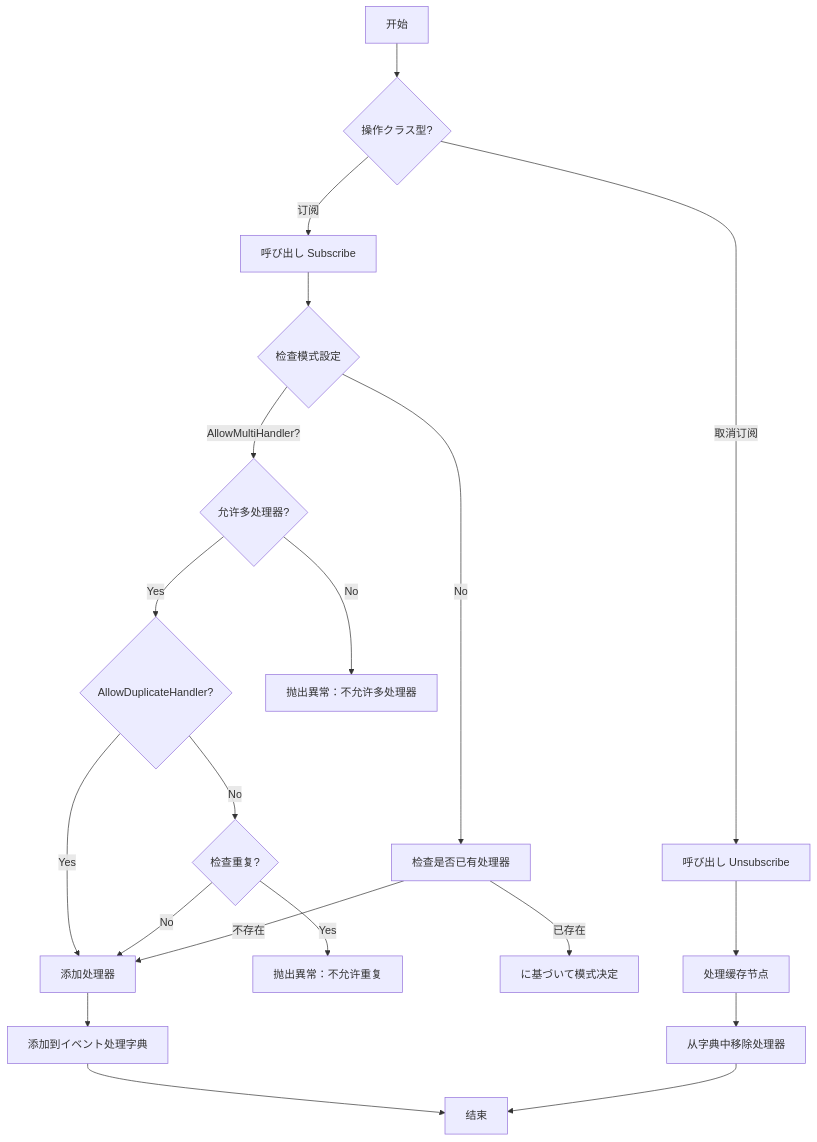
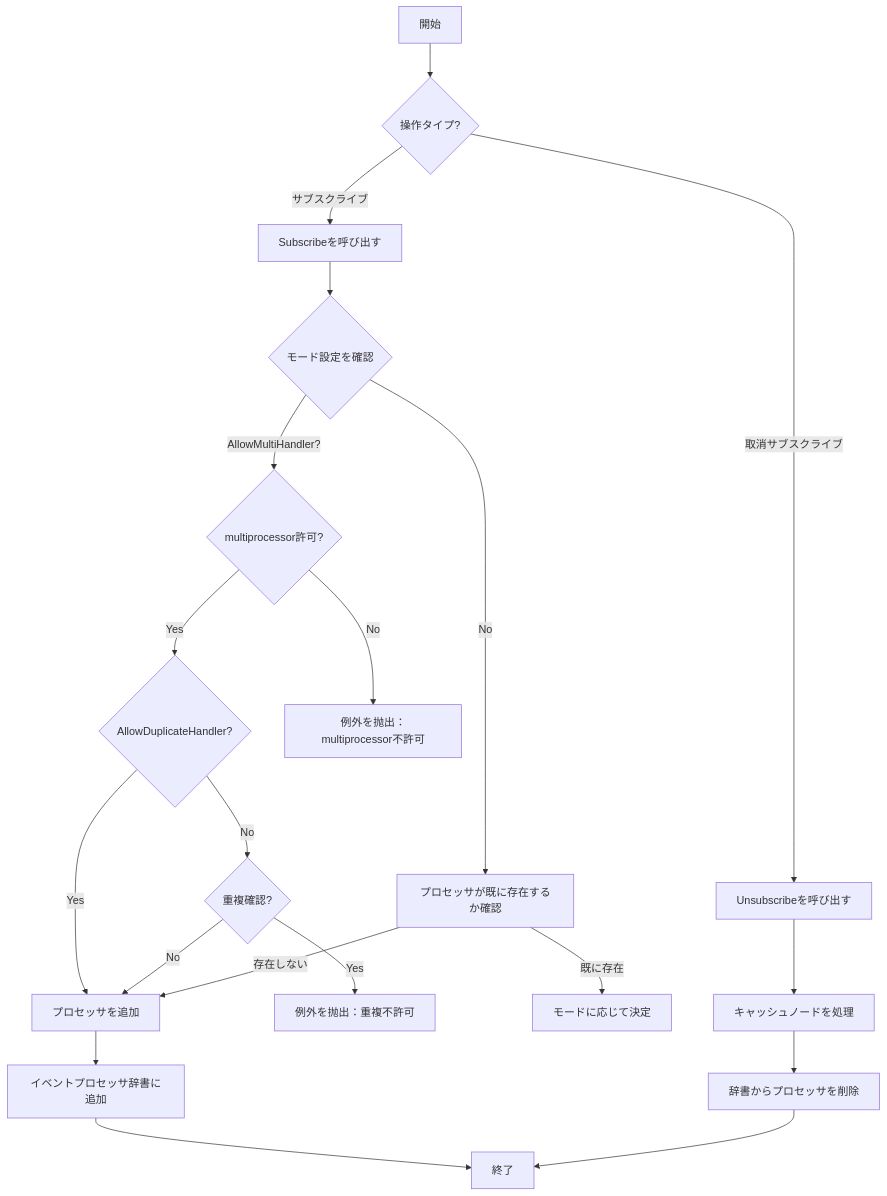
Before and after one commit to AlianBlank/GameFrameX.Docs: the third of 3 diagrams in docs/ja/client/unity/component/core/06.event-system.md, drawn with Mermaid. The commit also changed other lines of this file and 320 other files, not shown here.

````diff
--- a/docs/ja/client/unity/component/core/06.event-system.md
+++ b/docs/ja/client/unity/component/core/06.event-system.md
@@ -181,28 +181,28 @@
 ```mermaid
 flowchart TD
-    A[开始] --> B{操作クラス型?}
-    B -->|订阅| C[呼び出し Subscribe]
-    B -->|取消订阅| D[呼び出し Unsubscribe]
-    
-    C --> E{检查模式設定}
-    E -->|AllowMultiHandler?| F{允许多处理器?}
-    E -->|No| G[检查是否已有处理器]
-    
+    A[開始] --> B{操作タイプ?}
+    B -->|サブスクライブ| C[Subscribeを呼び出す]
+    B -->|取消サブスクライブ| D[Unsubscribeを呼び出す]
+
+    C --> E{モード設定を確認}
+    E -->|AllowMultiHandler?| F{ multiprocessor許可?}
+    E -->|No| G[プロセッサが既に存在するか確認]
+
     F -->|Yes| H{AllowDuplicateHandler?}
-    F -->|No| I[抛出異常：不允许多处理器]
-    
-    H -->|Yes| J[添加处理器]
-    H -->|No| K{检查重复?}
-    K -->|Yes| L[抛出異常：不允许重复]
+    F -->|No| I[例外を抛出：multiprocessor不許可]
+
+    H -->|Yes| J[プロセッサを追加]
+    H -->|No| K{重複確認?}
+    K -->|Yes| L[例外を抛出：重複不許可]
     K -->|No| J
-    
-    G -->|已存在| M[に基づいて模式决定]
-    G -->|不存在| J
-    
-    J --> N[添加到イベント处理字典]
-    N --> O[结束]
-    
-    D --> P[处理缓存节点]
-    P --> Q[从字典中移除处理器]
+
+    G -->|既に存在| M[モードに応じて決定]
+    G -->|存在しない| J
+
+    J --> N[イベントプロセッサ辞書に追加]
+    N --> O[終了]
+
+    D --> P[キャッシュノードを処理]
+    P --> Q[辞書からプロセッサを削除]
     Q --> O
 ```
````
